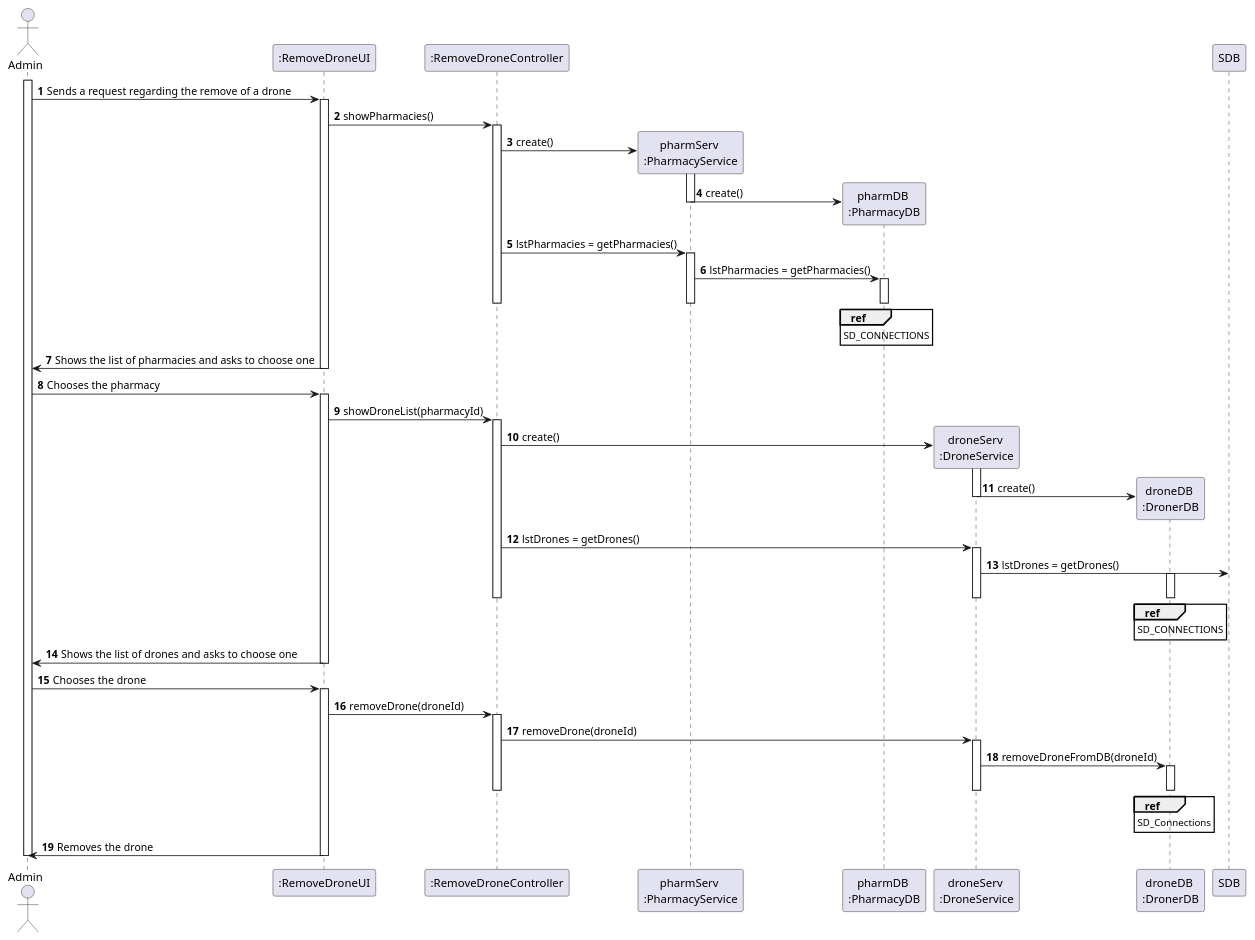
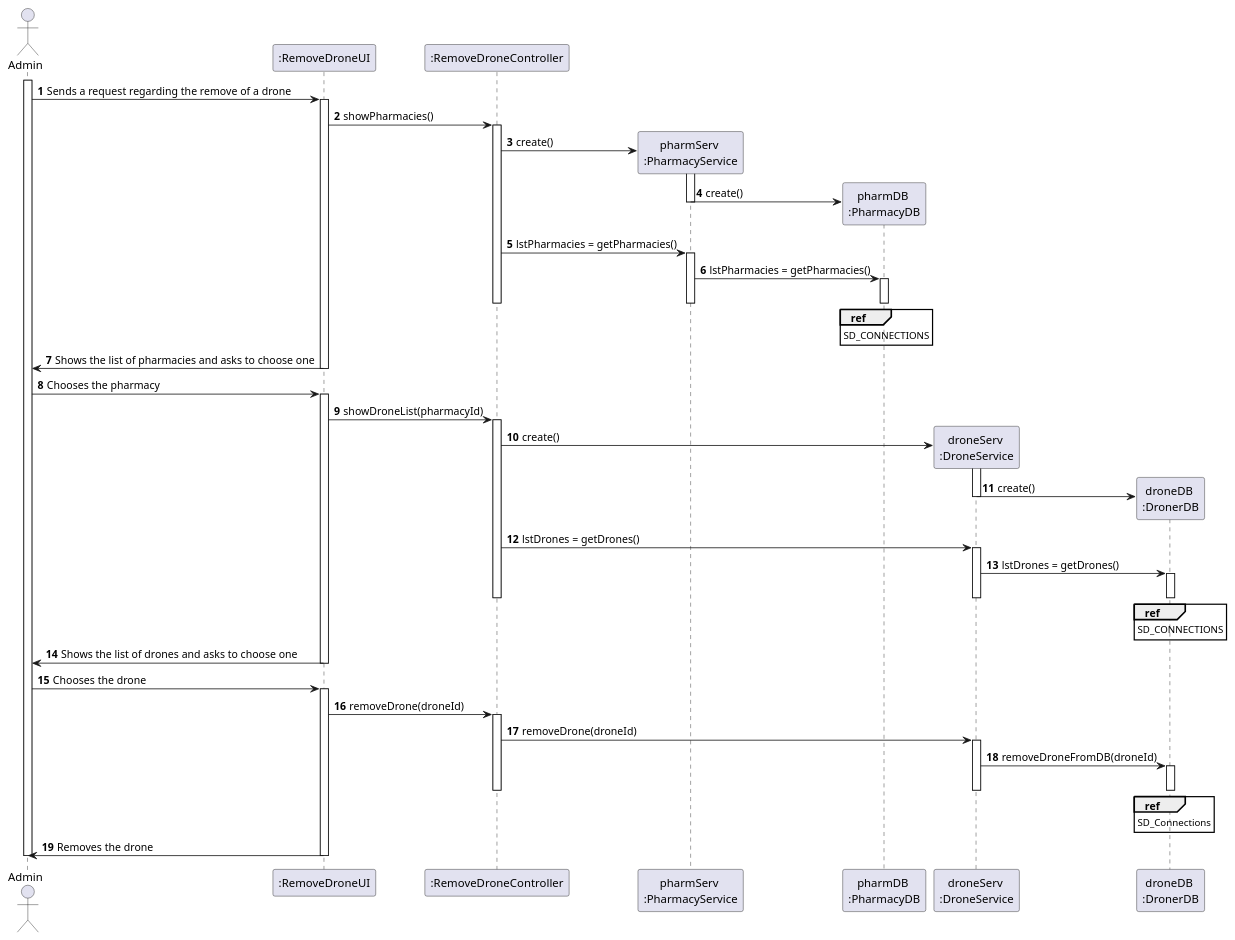
One commit to tiagoavcosta25/LAPR3 changed the diagram in docs/Iteration 2/Drone Management/US194_RemoveDrone/US194_SD.puml. Above: the diagram before and after it, drawn with PlantUML. The commit also changed 19 other files, not shown here.

```diff
--- a/docs/Iteration 2/Drone Management/US194_RemoveDrone/US194_SD.puml
+++ b/docs/Iteration 2/Drone Management/US194_RemoveDrone/US194_SD.puml
@@ -1,78 +1,78 @@
 @startuml
 autonumber
 actor "Admin" as ADMIN
 
 participant ":RemoveDroneUI" as UI
 participant ":RemoveDroneController" as CTRL
 participant "pharmServ \n:PharmacyService" as PHS
 participant "pharmDB \n:PharmacyDB" as PHDB
 participant "droneServ \n:DroneService" as DS
 participant "droneDB \n:DronerDB" as DDB
 
 
 
 activate ADMIN
 
 ADMIN -> UI : Sends a request regarding the remove of a drone
 activate UI
 UI -> CTRL : showPharmacies()
 activate CTRL
 CTRL -> PHS ** : create()
 activate PHS
 PHS -> PHDB ** : create()
 deactivate PHS
 CTRL -> PHS : lstPharmacies = getPharmacies()
 activate PHS
 PHS -> PHDB : lstPharmacies = getPharmacies()
 activate PHDB
 ref over PHDB
 SD_CONNECTIONS
 end ref
 deactivate PHDB
 deactivate PHS
 deactivate CTRL
 UI -> ADMIN : Shows the list of pharmacies and asks to choose one
 deactivate UI
 
 ADMIN -> UI : Chooses the pharmacy
 activate UI
 UI -> CTRL : showDroneList(pharmacyId)
 activate CTRL
 CTRL -> DS ** : create()
 activate DS
 DS -> DDB ** : create()
 deactivate DS
 CTRL -> DS : lstDrones = getDrones()
 activate DS
-DS -> SDB : lstDrones = getDrones()
+DS -> DDB : lstDrones = getDrones()
 activate DDB
 ref over DDB
 SD_CONNECTIONS
 end ref
 deactivate DDB
 deactivate DS
 deactivate CTRL
 UI -> ADMIN : Shows the list of drones and asks to choose one
 deactivate UI
 
 ADMIN -> UI : Chooses the drone
 activate UI
 UI -> CTRL : removeDrone(droneId)
 activate CTRL
 CTRL -> DS : removeDrone(droneId)
 activate DS
 DS -> DDB : removeDroneFromDB(droneId)
 activate DDB
 ref over DDB
 SD_Connections
 end ref
 deactivate DDB
 deactivate CTRL
 deactivate DS
 UI -> ADMIN : Removes the drone
 
 deactivate UI
 
 deactivate ADMIN
 
 @enduml
```
